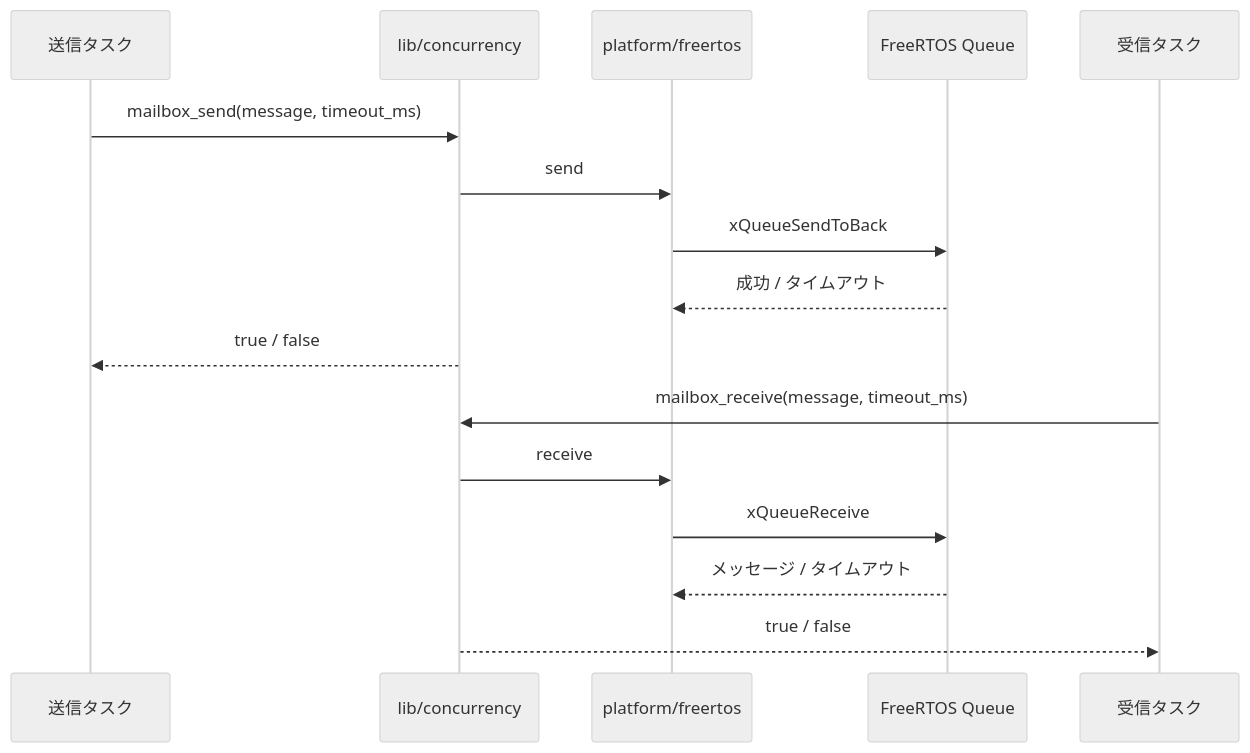
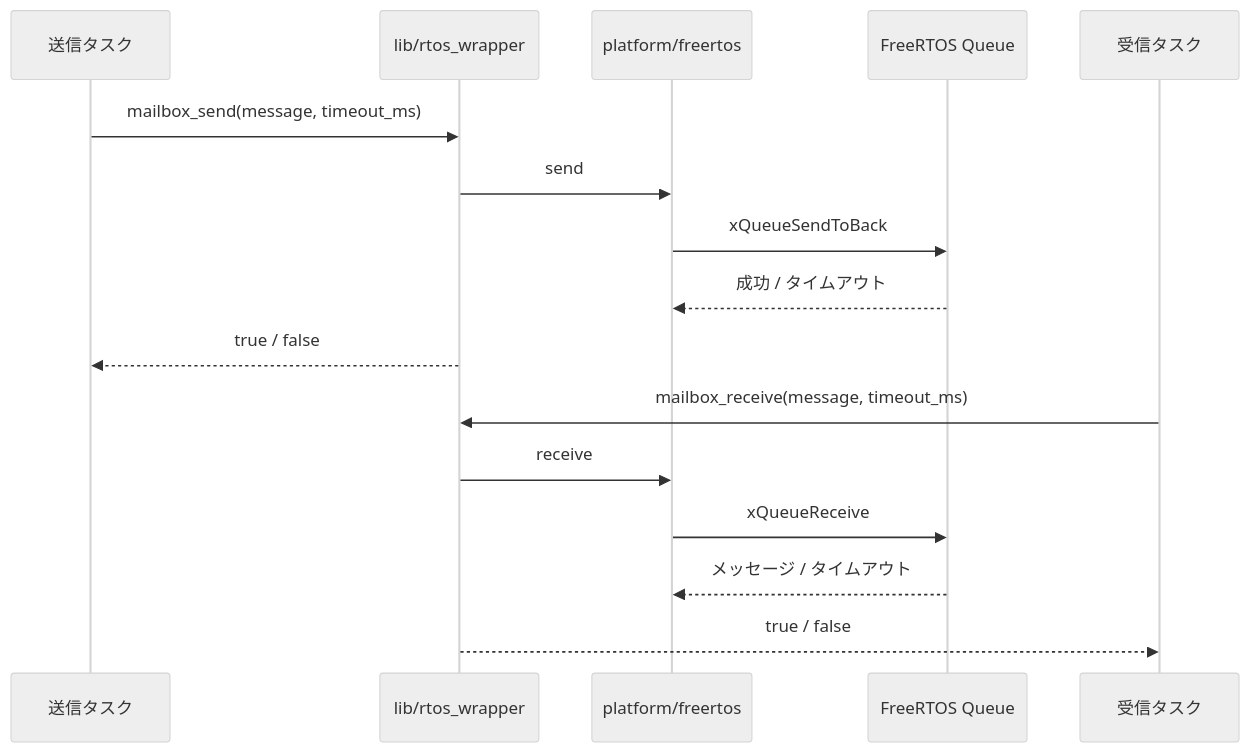
Before and after one commit to starkensan/usb_midi_pedal: the second of 2 diagrams in docs/designs/rtos-mailbox.md, drawn with Mermaid (neutral theme). The commit also changed other lines of this file and 21 other files, not shown here.

````diff
--- a/docs/designs/rtos-mailbox.md
+++ b/docs/designs/rtos-mailbox.md
@@ -73,19 +73,19 @@
 ```mermaid
 sequenceDiagram
     participant Producer as 送信タスク
-    participant Mailbox as lib/concurrency
+    participant Mailbox as lib/rtos_wrapper
     participant Adapter as platform/freertos
     participant Queue as FreeRTOS Queue
     participant Consumer as 受信タスク
 
     Producer->>Mailbox: mailbox_send(message, timeout_ms)
     Mailbox->>Adapter: send
     Adapter->>Queue: xQueueSendToBack
     Queue-->>Adapter: 成功 / タイムアウト
     Mailbox-->>Producer: true / false
     Consumer->>Mailbox: mailbox_receive(message, timeout_ms)
     Mailbox->>Adapter: receive
     Adapter->>Queue: xQueueReceive
     Queue-->>Adapter: メッセージ / タイムアウト
     Mailbox-->>Consumer: true / false
 ```
````
